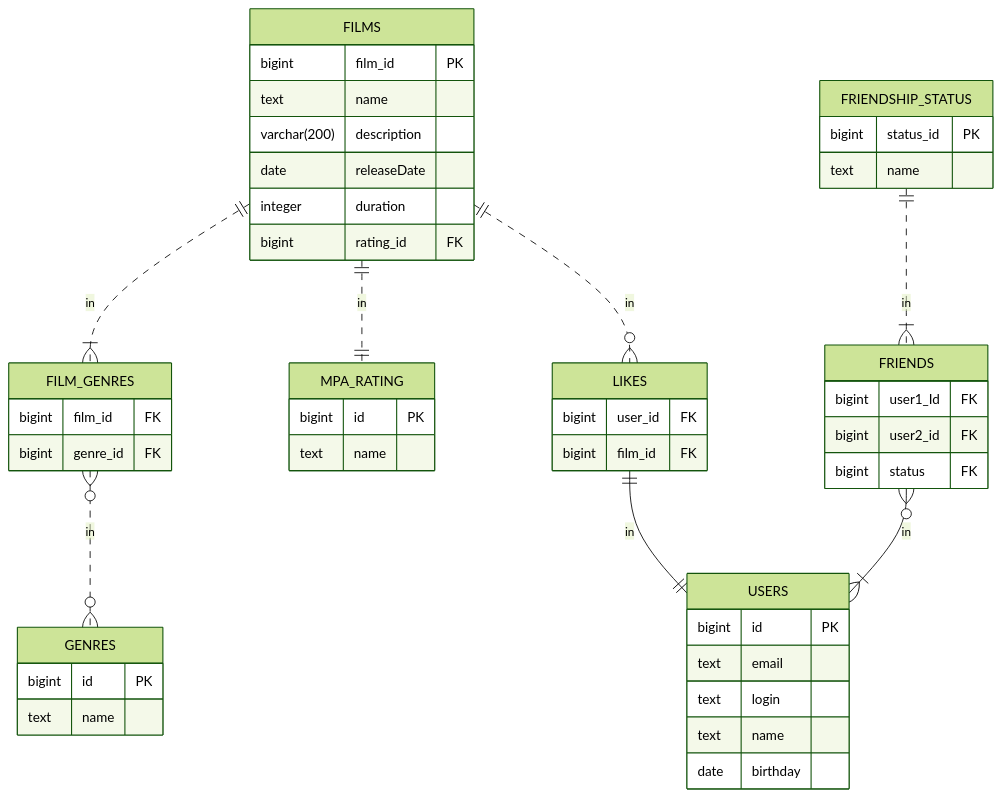
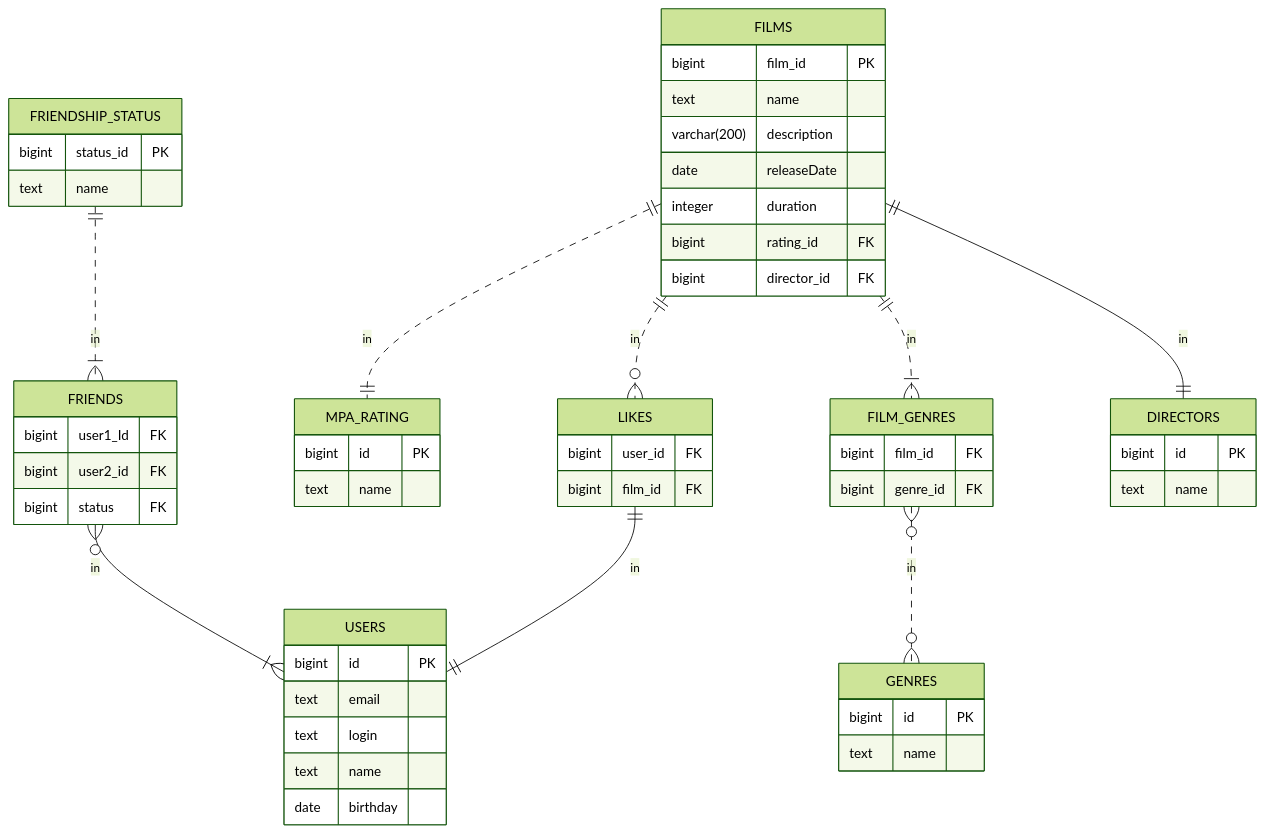
One commit to NorthenGirl/java-filmorate changed the diagram in README.md. Above: the diagram before and after it, drawn with Mermaid (forest theme). The commit also changed 20 other files, not shown here.

````diff
--- a/README.md
+++ b/README.md
@@ -4,53 +4,63 @@
 ```mermaid
 erDiagram
-    FILMS{
+    FILMS {
         bigint film_id PK
         text name
         varchar(200) description
         date releaseDate
         integer duration
         bigint rating_id FK
+        bigint director_id FK
     }
     
+    USERS {
+        bigint id PK
+        text email
+        text login
+        text name
+        date birthday
+    }
     
     LIKES {
         bigint user_id FK
         bigint film_id FK
     }
+    
     GENRES {
         bigint id PK
         text name
     }
     MPA_RATING {
         bigint id PK
         text name
     }
-    USERS {
-        bigint id PK
-        text email
-        text login
-        text name
-        date birthday
-    }
+   
     FRIENDS {
         bigint user1_Id FK
         bigint user2_id FK
         bigint status FK
         
     }
     FRIENDSHIP_STATUS {
         bigint status_id PK
         text name
     }
     FILM_GENRES {
         bigint film_id FK
         bigint genre_id FK
     }
+    
+    DIRECTORS{
+        bigint id PK
+        text name
+    }
+    
     FILMS || .. o{ LIKES: in
     FILMS || .. || MPA_RATING: in
     LIKES || -- || USERS: in
     FRIENDS }o -- |{ USERS: in
     FRIENDSHIP_STATUS || .. |{ FRIENDS: in
     FILMS || .. |{ FILM_GENRES: in
     FILM_GENRES }o .. o{ GENRES: in
+    FILMS || -- || DIRECTORS: in
 ```
````
